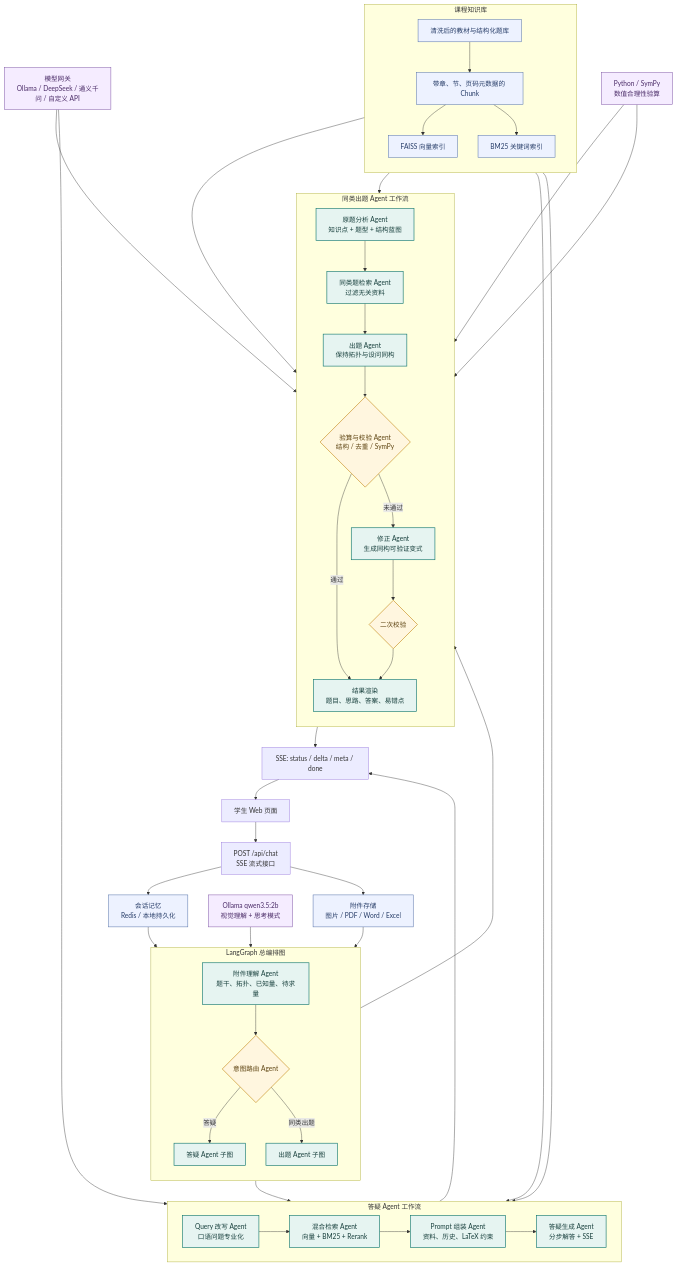
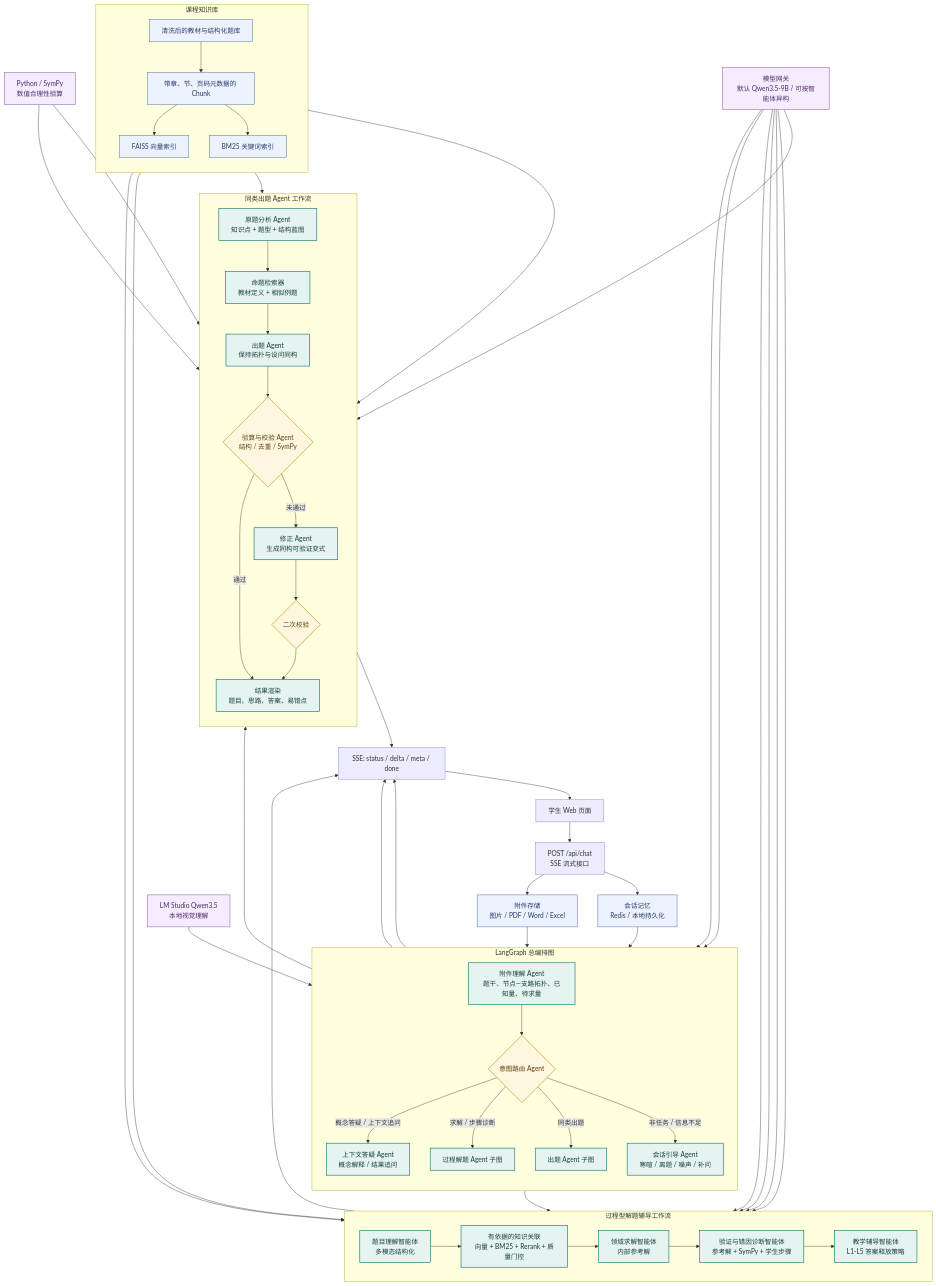
Before and after one commit to Jason-W-js/AI-Teaching-Assistant: the diagram in LANGGRAPH_MULTI_AGENT.md, drawn with Mermaid. The commit also changed other lines of this file and 34 other files, not shown here.

```diff
--- a/LANGGRAPH_MULTI_AGENT.md
+++ b/LANGGRAPH_MULTI_AGENT.md
@@ -11,36 +11,43 @@
 
     subgraph Orchestrator["LangGraph 总编排图"]
         direction TB
-        AttachmentReader["附件理解 Agent<br/>题干、拓扑、已知量、待求量"]
+        AttachmentReader["附件理解 Agent<br/>题干、节点—支路拓扑、已知量、待求量"]
         IntentRouter{"意图路由 Agent"}
-        AnswerEntry["答疑 Agent 子图"]
+        DirectQA["上下文答疑 Agent<br/>概念解释 / 结果追问"]
+        AnswerEntry["过程解题 Agent 子图"]
         QuizEntry["出题 Agent 子图"]
+        Conversation["会话引导 Agent<br/>寒暄 / 离题 / 噪声 / 补问"]
 
         AttachmentReader --> IntentRouter
-        IntentRouter -->|"答疑"| AnswerEntry
+        IntentRouter -->|"概念答疑 / 上下文追问"| DirectQA
+        IntentRouter -->|"求解 / 步骤诊断"| AnswerEntry
         IntentRouter -->|"同类出题"| QuizEntry
+        IntentRouter -->|"非任务 / 信息不足"| Conversation
     end
 
     AttachmentStore --> AttachmentReader
     Memory --> AttachmentReader
-    VisionModel["Ollama qwen3.5:2b<br/>视觉理解 + 思考模式"] --> AttachmentReader
+    VisionModel["LM Studio Qwen3.5<br/>本地视觉理解"] --> AttachmentReader
 
-    subgraph AnswerGraph["答疑 Agent 工作流"]
+    subgraph AnswerGraph["过程型解题辅导工作流"]
         direction LR
-        Rewrite["Query 改写 Agent<br/>口语问题专业化"]
-        AnswerRetrieve["混合检索 Agent<br/>向量 + BM25 + Rerank"]
-        Compose["Prompt 组装 Agent<br/>资料、历史、LaTeX 约束"]
-        AnswerLLM["答疑生成 Agent<br/>分步解答 + SSE"]
+        Understand["题目理解智能体<br/>多模态结构化"]
+        AnswerRetrieve["有依据的知识关联<br/>向量 + BM25 + Rerank + 质量门控"]
+        Solve["领域求解智能体<br/>内部参考解"]
+        Diagnose["验证与错因诊断智能体<br/>参考解 + SymPy + 学生步骤"]
+        Tutor["教学辅导智能体<br/>L1-L5 答案释放策略"]
 
-        Rewrite --> AnswerRetrieve --> Compose --> AnswerLLM
+        Understand --> AnswerRetrieve --> Solve --> Diagnose --> Tutor
     end
 
-    AnswerEntry --> Rewrite
+    AnswerEntry --> Understand
+    DirectQA --> Stream
+    Conversation --> Stream
 
     subgraph QuizGraph["同类出题 Agent 工作流"]
         direction TB
         Extract["原题分析 Agent<br/>知识点 + 题型 + 结构蓝图"]
-        QuizRetrieve["同类题检索 Agent<br/>过滤无关资料"]
+        QuizRetrieve["命题检索器<br/>教材定义 + 相似例题"]
         Generate["出题 Agent<br/>保持拓扑与设问同构"]
         Verify{"验算与校验 Agent<br/>结构 / 去重 / SymPy"}
         Repair["修正 Agent<br/>生成同构可验证变式"]
@@ -71,12 +78,17 @@
     VectorDB --> QuizRetrieve
     BM25 --> QuizRetrieve
 
-    ModelGateway["模型网关<br/>Ollama / DeepSeek / 通义千问 / 自定义 API"] --> AnswerLLM
+    ModelGateway["模型网关<br/>默认 Qwen3.5-9B / 可按智能体异构"] --> Understand
+    ModelGateway --> DirectQA
+    ModelGateway --> Conversation
+    ModelGateway --> Solve
+    ModelGateway --> Diagnose
+    ModelGateway --> Tutor
     ModelGateway --> Generate
     SymPy["Python / SymPy<br/>数值合理性验算"] --> Verify
     SymPy --> VerifyRepair
 
-    AnswerLLM --> Stream["SSE: status / delta / meta / done"]
+    Tutor --> Stream["SSE: status / delta / meta / done"]
     Render --> Stream
     Stream --> Student
 
@@ -85,7 +97,7 @@
     classDef storage fill:#edf2ff,stroke:#526fa8,color:#273d68,stroke-width:1.2px;
     classDef model fill:#f5ecff,stroke:#8057a6,color:#4b2c68,stroke-width:1.2px;
 
-    class AttachmentReader,AnswerEntry,QuizEntry,Rewrite,AnswerRetrieve,Compose,AnswerLLM,Extract,QuizRetrieve,Generate,Repair,Render agent;
+    class AttachmentReader,DirectQA,AnswerEntry,QuizEntry,Conversation,Understand,AnswerRetrieve,Solve,Diagnose,Tutor,Extract,QuizRetrieve,Generate,Repair,Render agent;
     class IntentRouter,Verify,VerifyRepair decision;
     class Memory,AttachmentStore,CleanDocs,Chunks,VectorDB,BM25 storage;
     class VisionModel,ModelGateway,SymPy model;
```
